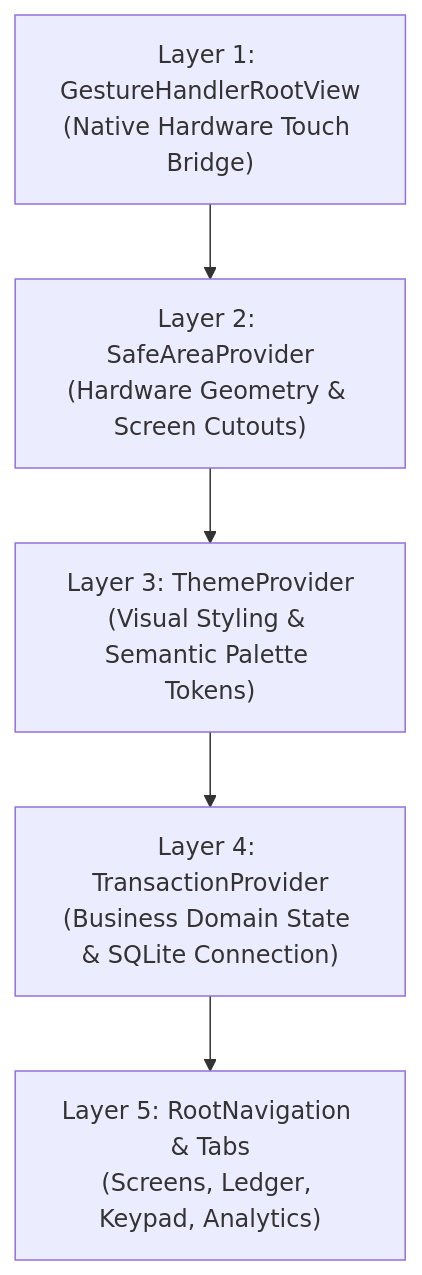
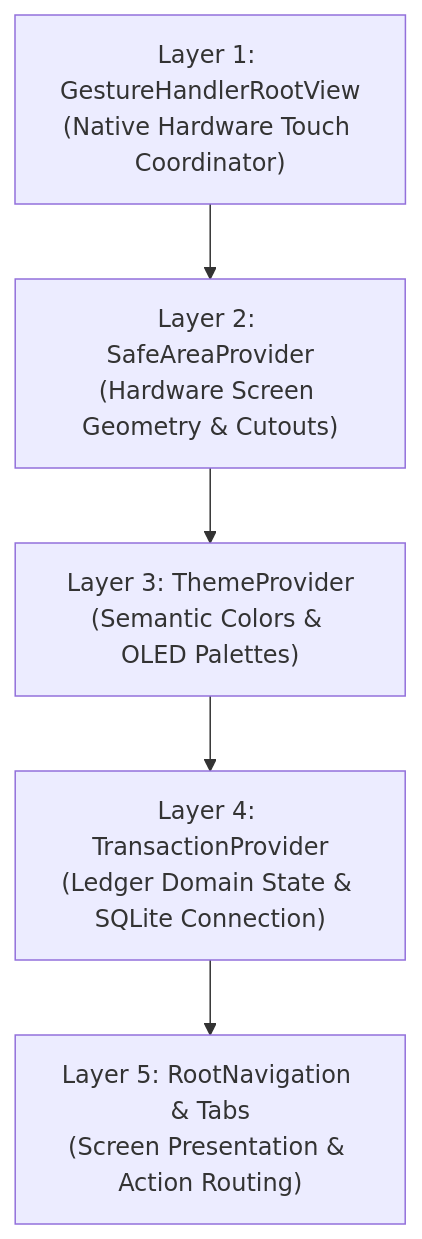
One commit to KHOJAH/Zenith changed the third of 5 diagrams in learn/me-learn/01. App Architecture & State Flow.md. Above: the diagram before and after it, drawn with Mermaid. The commit also changed other lines of this file, not shown here.

````diff
--- a/learn/me-learn/01. App Architecture & State Flow.md
+++ b/learn/me-learn/01. App Architecture & State Flow.md
@@ -279,13 +139,13 @@
 ```mermaid
 graph TD
-    L1["Layer 1: GestureHandlerRootView<br/>(Native Hardware Touch Bridge)"]
-    L2["Layer 2: SafeAreaProvider<br/>(Hardware Geometry & Screen Cutouts)"]
-    L3["Layer 3: ThemeProvider<br/>(Visual Styling & Semantic Palette Tokens)"]
-    L4["Layer 4: TransactionProvider<br/>(Business Domain State & SQLite Connection)"]
-    L5["Layer 5: RootNavigation & Tabs<br/>(Screens, Ledger, Keypad, Analytics)"]
+    L1["Layer 1: GestureHandlerRootView<br/>(Native Hardware Touch Coordinator)"]
+    L2["Layer 2: SafeAreaProvider<br/>(Hardware Screen Geometry & Cutouts)"]
+    L3["Layer 3: ThemeProvider<br/>(Semantic Colors & OLED Palettes)"]
+    L4["Layer 4: TransactionProvider<br/>(Ledger Domain State & SQLite Connection)"]
+    L5["Layer 5: RootNavigation & Tabs<br/>(Screen Presentation & Action Routing)"]
 
     L1 --> L2
     L2 --> L3
     L3 --> L4
     L4 --> L5
 ```
````
